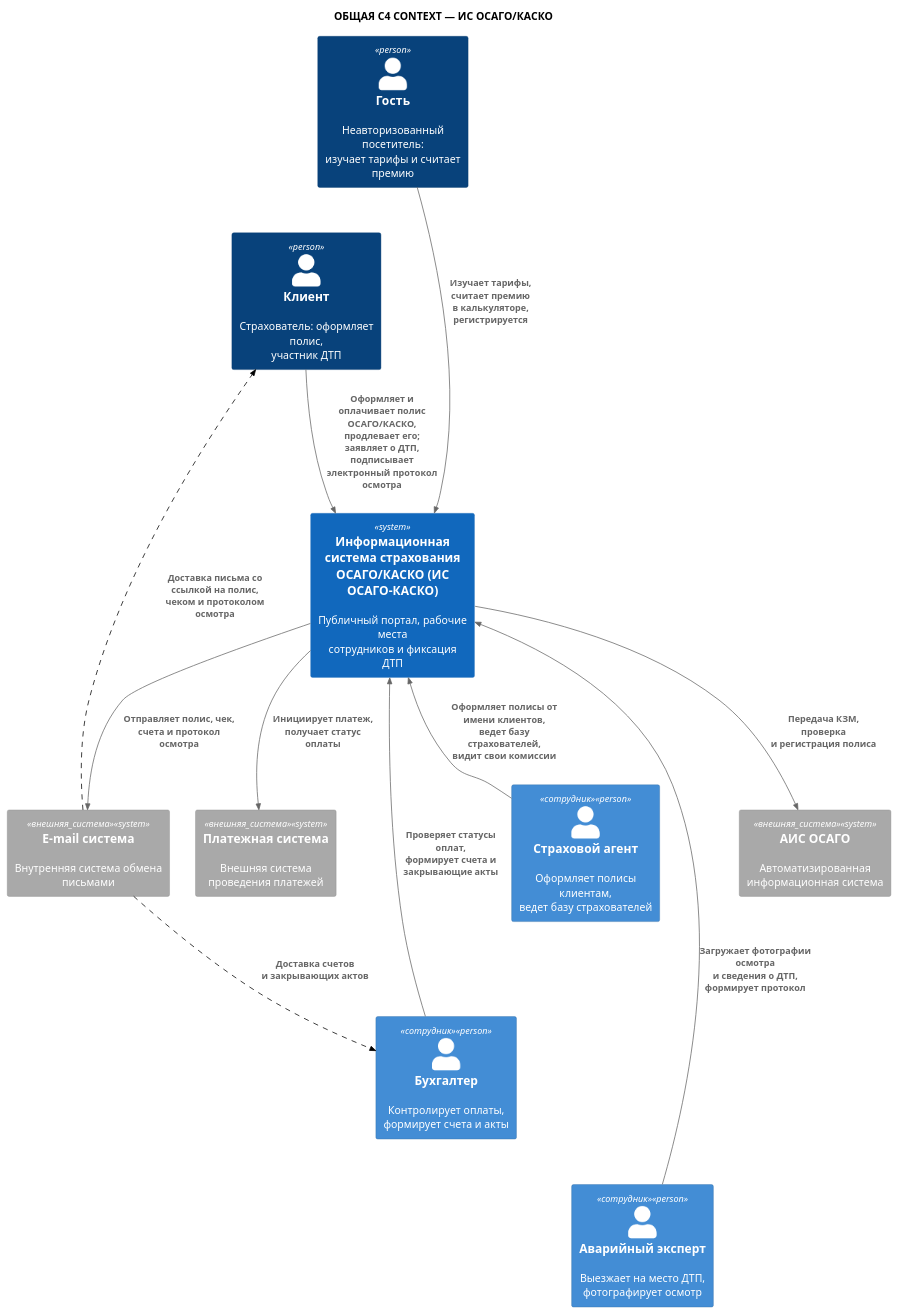
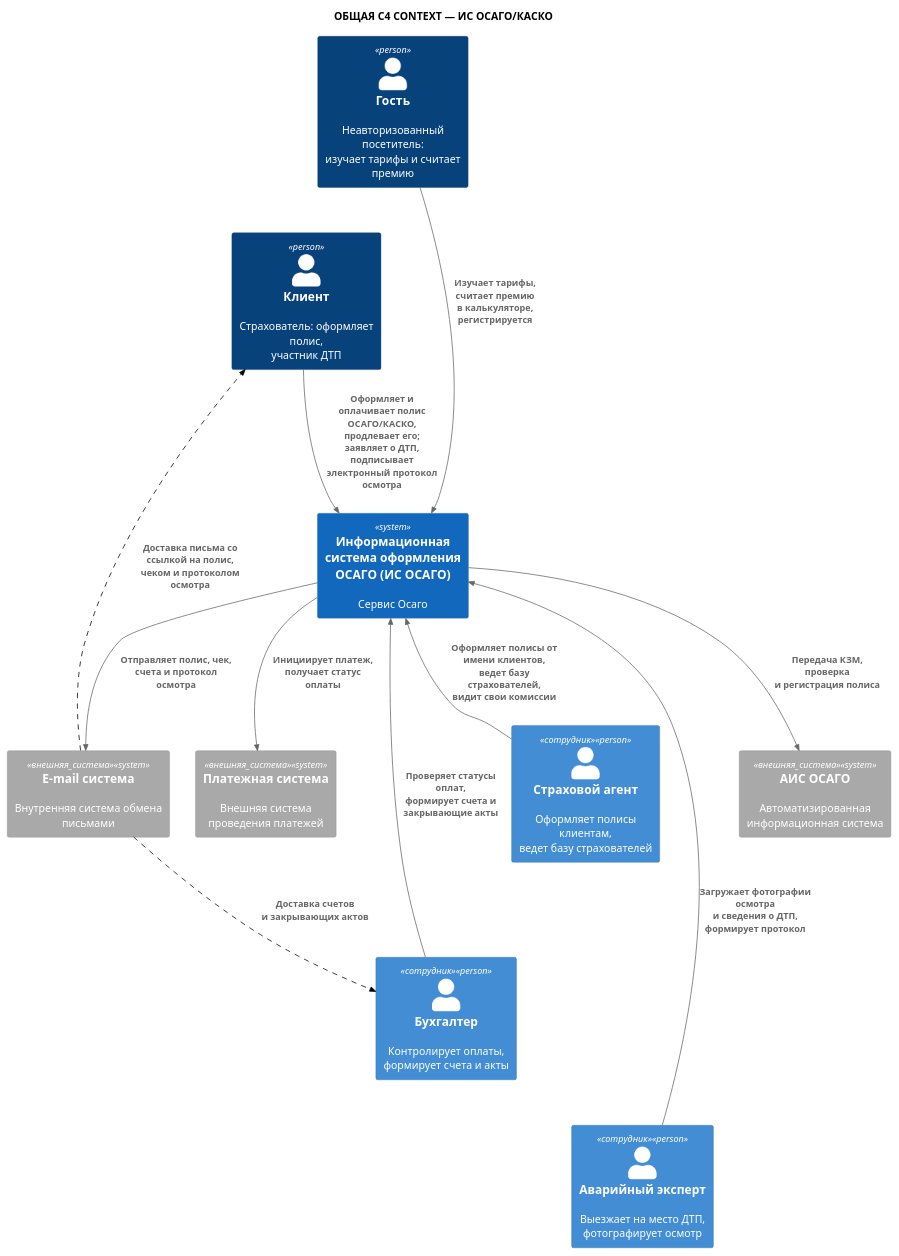
Before and after one commit to ElectricLight-ELO/Insurance-system: the diagram in docs_and_diagrams/context.puml, drawn with PlantUML.

```diff
--- a/docs_and_diagrams/context.puml
+++ b/docs_and_diagrams/context.puml
@@ -1,97 +1,97 @@
 @startuml
 !include <C4/C4_Context>
 title ОБЩАЯ C4 CONTEXT — ИС ОСАГО/КАСКО
 
 ' ============================================================
 ' НАВИГАЦИЯ ДЛЯ КОМАНДЫ (5 участников = 5 контейнеров на C2):
 ' 1. Web App        (React SPA)  — публичный портал + рабочие места сотрудников
 ' 2. API            (FastAPI)    — точка входа, бизнес-логика, авторизация
 ' 3. Worker         (Python)     — PDF, рассылки, регистрация полисов, сверка оплат
 ' 4. Database       (PostgreSQL) — полисы, страхователи, пользователи, акты ДТП
 ' 5. Object Storage (S3 / MinIO) — фото ДТП, сканы документов, подписи
 ' Роли на этой диаграмме сгруппированы так, чтобы каждый контейнер
 ' имел своего заказчика-актора:
 '   Web App        <- Гость, Клиент, Агент, Бухгалтер, Эксперт
 '   API            <- все роли + внешние системы
 '   Worker         <- Бухгалтер (счета/сверки), Эксперт (протокол), Клиент (полис)
 '   Database       <- Агент (база страхователей), Бухгалтер (платежи)
 '   Object Storage <- Эксперт (фото ДТП), Клиент (сканы/подписи)
 ' ============================================================
 
 ' === НАСТРОЙКА ЦВЕТОВ ===
 ' Серые внешние системы
 AddSystemTag("внешняя_система", $bgColor="#A9A9A9", $borderColor="#8A8A8A", $fontColor="#FFFFFF")
 
 ' Фиолетовый центральный сервис
 AddSystemTag("фиолетовый_сервис", $bgColor="#B39DDB", $borderColor="#9575CD", $fontColor="#000000")
 
 ' Голубой оттенок для сотрудников страховой
 AddPersonTag("сотрудник", $bgColor="#438DD5", $borderColor="#316CA5", $fontColor="#FFFFFF")
 
 ' Пунктирная линия
 AddRelTag("пунктир", $lineStyle = DashedLine(), $lineColor = "#000000")
 
 ' === ЭЛЕМЕНТЫ ===
 
 ' --- Клиентская часть ---
 Person(guest, "Гость", "Неавторизованный посетитель:\nизучает тарифы и считает премию")
 Person(client, "Клиент", "Страхователь: оформляет полис,\nучастник ДТП")
 
 ' --- Сотрудники страховой ---
 Person(agent, "Страховой агент", "Оформляет полисы клиентам,\nведет базу страхователей", $tags="сотрудник")
 Person(accountant, "Бухгалтер", "Контролирует оплаты,\nформирует счета и акты", $tags="сотрудник")
 Person(expert, "Аварийный эксперт", "Выезжает на место ДТП,\nфотографирует осмотр", $tags="сотрудник")
 
 ' --- Центральная система ---
-System(service, "Информационная система страхования\nОСАГО/КАСКО (ИС ОСАГО-КАСКО)", "Публичный портал, рабочие места\nсотрудников и фиксация ДТП")
+System(service, "Информационная система оформления ОСАГО (ИС ОСАГО)", "Cервис Осаго")
 
 ' --- Внешние системы ---
 System(payment_sys, "Платежная система", "Внешняя система проведения платежей", $tags="внешняя_система")
 System(email_sys, "E-mail система", "Внутренняя система обмена письмами", $tags="внешняя_система")
 System(ais_osago, "АИС ОСАГО", "Автоматизированная информационная система", $tags="внешняя_система")
 
 ' === СВЯЗИ ===
 
 ' Гость -> Сервис
 Rel(guest, service, "Изучает тарифы, считает премию\nв калькуляторе, регистрируется")
 
 ' Клиент -> Сервис
 Rel(client, service, "Оформляет и оплачивает полис ОСАГО/КАСКО,\nпродлевает его; заявляет о ДТП,\nподписывает электронный протокол осмотра")
 
 ' Страховой агент -> Сервис
 Rel(agent, service, "Оформляет полисы от имени клиентов,\nведет базу страхователей,\nвидит свои комиссии")
 
 ' Бухгалтер -> Сервис
 Rel(accountant, service, "Проверяет статусы оплат,\nформирует счета и закрывающие акты")
 
 ' Аварийный эксперт -> Сервис
 Rel(expert, service, "Загружает фотографии осмотра\nи сведения о ДТП, формирует протокол")
 
 ' Сервис -> Платежная система
 Rel(service, payment_sys, "Инициирует платеж,\nполучает статус оплаты")
 
 ' Сервис -> E-mail система
 Rel(service, email_sys, "Отправляет полис, чек,\nсчета и протокол осмотра")
 
 ' Сервис -> АИС ОСАГО
 Rel(service, ais_osago, "Передача КЗМ, проверка\nи регистрация полиса")
 
 ' Пунктирные связи E-mail система -> получатели
 Rel(email_sys, client, "Доставка письма со ссылкой на полис,\nчеком и протоколом осмотра", $tags="пунктир")
 Rel(email_sys, accountant, "Доставка счетов\nи закрывающих актов", $tags="пунктир")
 
 ' === УПРАВЛЕНИЕ LAYOUT (скрытые связи) ===
 ' Клиентская группа — слева
 guest -[hidden]down- client
 client -[hidden]right- service
 ' Сотрудники — справа столбиком
 service -[hidden]right- agent
 agent -[hidden]down- accountant
 accountant -[hidden]down- expert
 ' Внешние системы — снизу в ряд
 service -[hidden]down- payment_sys
 payment_sys -[hidden]right- email_sys
 email_sys -[hidden]right- ais_osago
 
 
 @enduml
```
